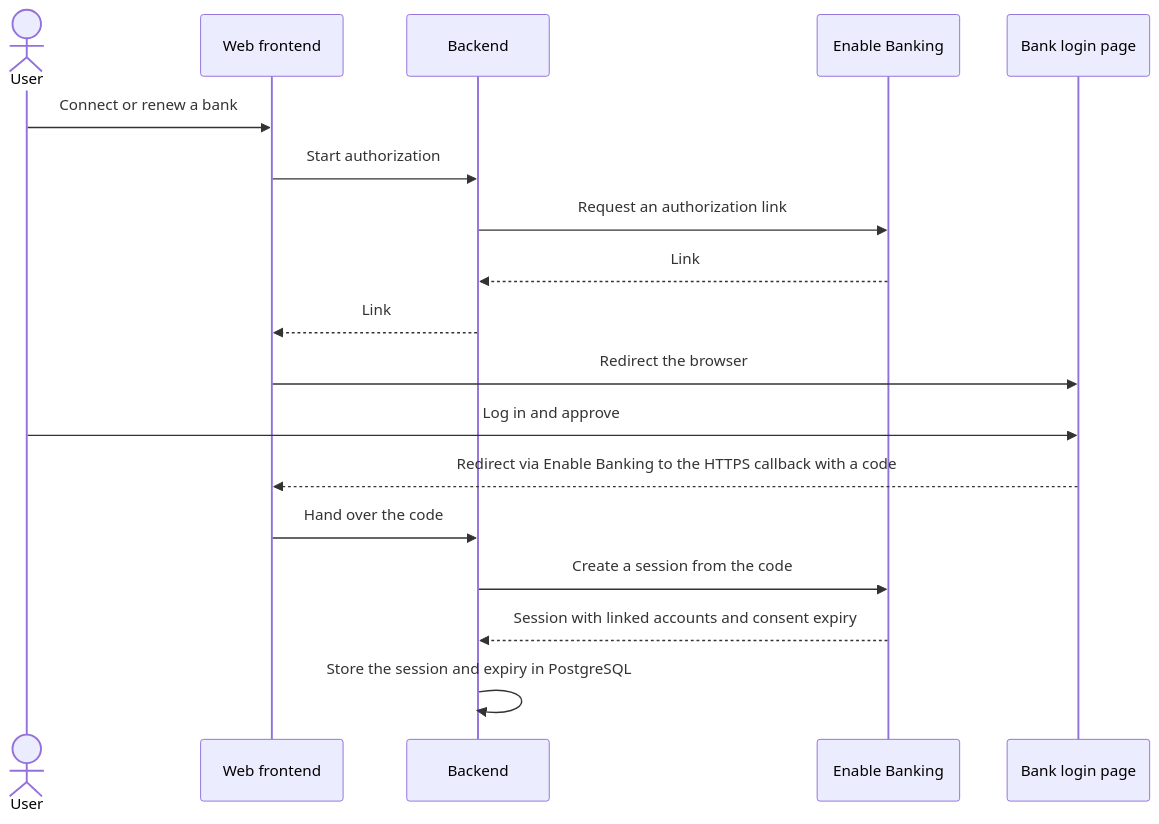
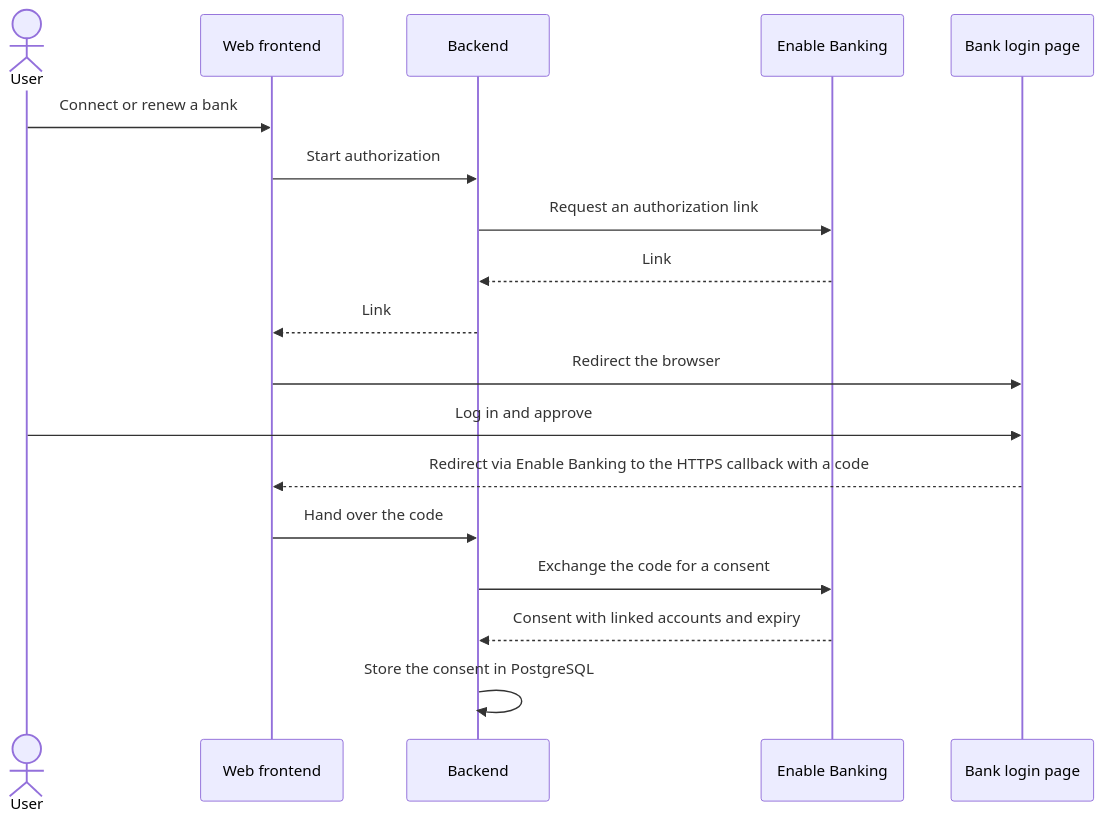
The fifth of 7 diagrams in docs/architecture.md (lennartmoeller/finance-tracker), drawn with Mermaid before and after one commit. The commit also changed other lines of this file and 20 other files, not shown here.

````diff
--- a/docs/architecture.md
+++ b/docs/architecture.md
@@ -117,20 +120,20 @@
 ```mermaid
 sequenceDiagram
   actor User
   participant FE as Web frontend
   participant BE as Backend
   participant EB as Enable Banking
   participant Bank as Bank login page
   User->>FE: Connect or renew a bank
   FE->>BE: Start authorization
   BE->>EB: Request an authorization link
   EB-->>BE: Link
   BE-->>FE: Link
   FE->>Bank: Redirect the browser
   User->>Bank: Log in and approve
   Bank-->>FE: Redirect via Enable Banking to the HTTPS callback with a code
   FE->>BE: Hand over the code
-  BE->>EB: Create a session from the code
-  EB-->>BE: Session with linked accounts and consent expiry
-  BE->>BE: Store the session and expiry in PostgreSQL
+  BE->>EB: Exchange the code for a consent
+  EB-->>BE: Consent with linked accounts and expiry
+  BE->>BE: Store the consent in PostgreSQL
 ```
````
